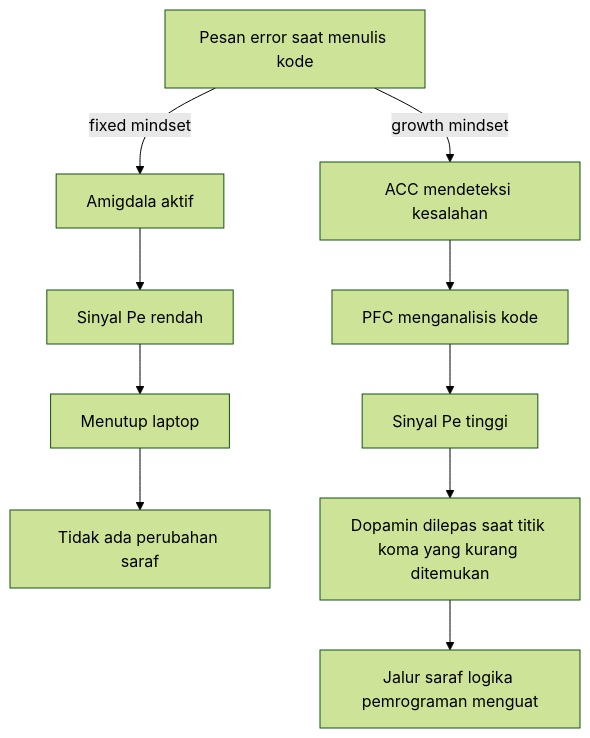
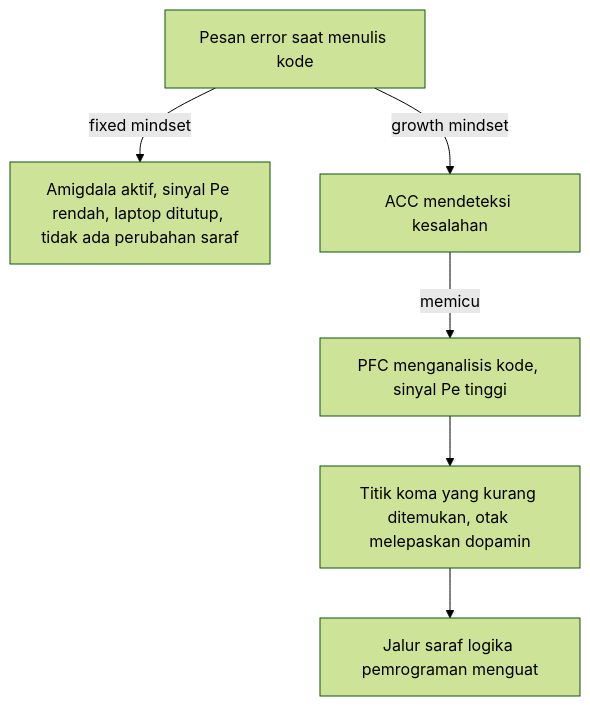
Before and after one commit to belajarcarabelajar/dawnbook: the diagram in books/neuroplastisitas-dalam-belajar/src/content/09_jembatan-sains-bagaimana-mindset-mengubah-otak.md, drawn with Mermaid (forest theme). The commit also changed 9 other files, not shown here.

Commit message:
fix(books): RF4 review fixes (no inferred chain in neuroplastisitas ch09, carbon-14 ends as nitrogen, hedge on the ch09 axis, multidisiplin diagram after its steps)

````diff
--- a/books/neuroplastisitas-dalam-belajar/src/content/09_jembatan-sains-bagaimana-mindset-mengubah-otak.md
+++ b/books/neuroplastisitas-dalam-belajar/src/content/09_jembatan-sains-bagaimana-mindset-mengubah-otak.md
@@ -52,14 +52,10 @@
 ```mermaid
 flowchart TD
     accTitle: Dua respons otak terhadap pesan error
     accDescr: Pesan error yang sama memicu dua jalur. Pada fixed mindset, amigdala aktif, sinyal Pe rendah, laptop ditutup, dan tidak ada perubahan saraf. Pada growth mindset, ACC mendeteksi kesalahan dan memicu PFC menganalisis kode, sinyal Pe tinggi, dopamin dilepas saat letak titik koma ditemukan, dan jalur saraf logika pemrograman menguat.
-    E["Pesan error saat menulis kode"] -->|"fixed mindset"| F1["Amigdala aktif"]
-    F1 --> F2["Sinyal Pe rendah"]
-    F2 --> F3["Menutup laptop"]
-    F3 --> F4["Tidak ada perubahan saraf"]
+    E["Pesan error saat menulis kode"] -->|"fixed mindset"| F["Amigdala aktif, sinyal Pe rendah, laptop ditutup, tidak ada perubahan saraf"]
     E -->|"growth mindset"| G1["ACC mendeteksi kesalahan"]
-    G1 --> G2["PFC menganalisis kode"]
-    G2 --> G3["Sinyal Pe tinggi"]
-    G3 --> G4["Dopamin dilepas saat titik koma yang kurang ditemukan"]
+    G1 -->|"memicu"| G2["PFC menganalisis kode, sinyal Pe tinggi"]
+    G2 --> G4["Titik koma yang kurang ditemukan, otak melepaskan dopamin"]
     G4 --> G5["Jalur saraf logika pemrograman menguat"]
 ```
````
